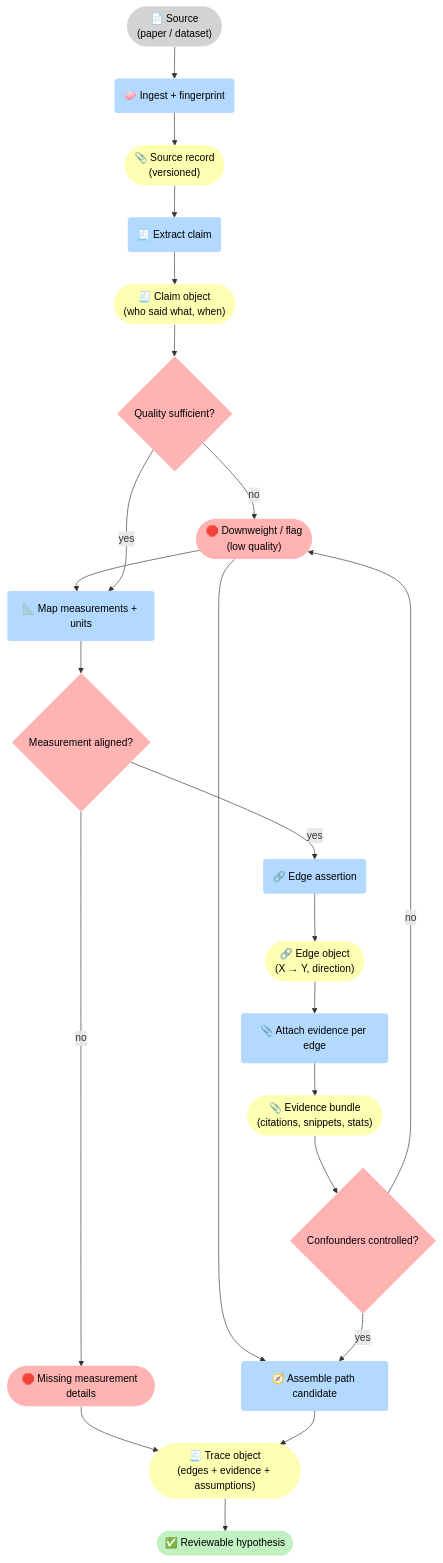
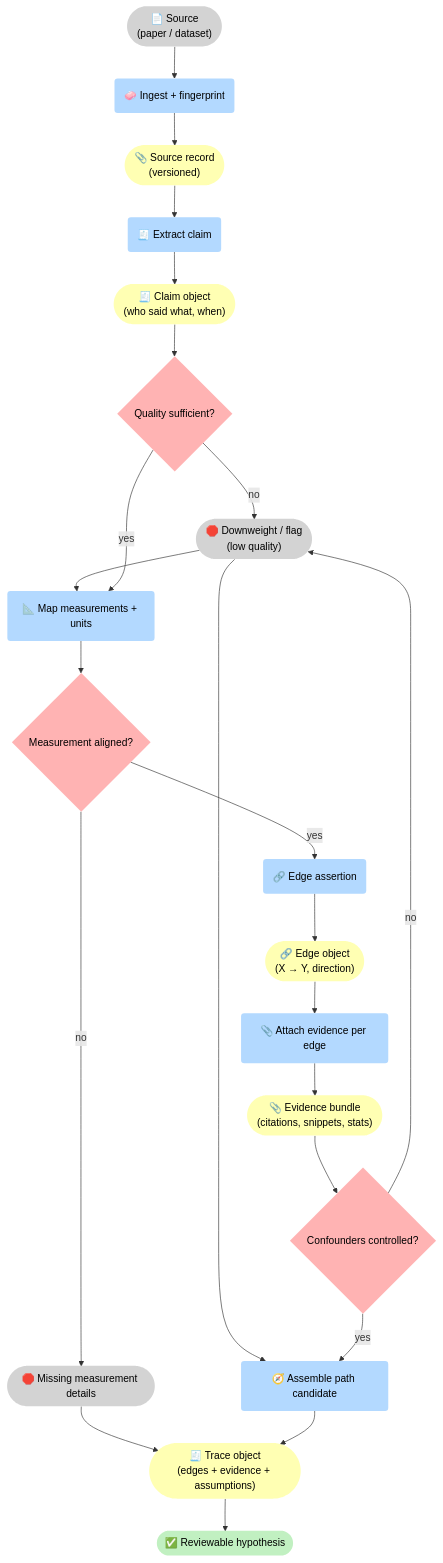
Before and after one commit to 5Reasons/5reasons.github.io: the second of 3 diagrams in docs/case-studies/biomedicine.md, drawn with Mermaid. The commit also changed other lines of this file and 14 other files, not shown here.

First line of the commit message:
Refactor diagrams and improve clarity in blog posts and case studies

````diff
--- a/docs/case-studies/biomedicine.md
+++ b/docs/case-studies/biomedicine.md
@@ -104,44 +104,44 @@
 ```mermaid
 flowchart TB
 %% Styles (brModel Standard)
 classDef i fill:#D3D3D3,stroke-width:0px,color:#000;
 classDef p fill:#B3D9FF,stroke-width:0px,color:#000;
 classDef r fill:#FFFFB3,stroke-width:0px,color:#000;
 classDef o fill:#C1F0C1,stroke-width:0px,color:#000;
 classDef s fill:#FFB3B3,stroke-width:0px,color:#000;
 
 I_S(["📄 Source<br>(paper / dataset)"]):::i
 P_Ingest("🧼 Ingest + fingerprint"):::p
 R_Src(["📎 Source record<br>(versioned)"]):::r
 
 P_Extract("🧾 Extract claim"):::p
 R_C(["🧾 Claim object<br>(who said what, when)"]):::r
 G_Q{"Quality sufficient?"}:::s
-S_Down(["🛑 Downweight / flag<br>(low quality)"]):::s
+S_Down(["🛑 Downweight / flag<br>(low quality)"]):::i
 
 P_Map("📐 Map measurements + units"):::p
 G_Meas{"Measurement aligned?"}:::s
-S_Ask(["🛑 Missing measurement details"]):::s
+S_Ask(["🛑 Missing measurement details"]):::i
 
 P_E("🔗 Edge assertion"):::p
 R_Edge(["🔗 Edge object<br>(X → Y, direction)"]):::r
 
 P_Ev("📎 Attach evidence per edge"):::p
 R_Ev(["📎 Evidence bundle<br>(citations, snippets, stats)"]):::r
 G_Conf{"Confounders controlled?"}:::s
 
 P_Path("🧭 Assemble path candidate"):::p
 R_T(["🧾 Trace object<br>(edges + evidence + assumptions)"]):::r
 O_Out(["✅ Reviewable hypothesis" ]):::o
 
 I_S --> P_Ingest --> R_Src --> P_Extract --> R_C --> G_Q
 G_Q -->|"no"| S_Down --> P_Map
 G_Q -->|"yes"| P_Map
 
 P_Map --> G_Meas
 G_Meas -->|"no"| S_Ask --> R_T
 G_Meas -->|"yes"| P_E --> R_Edge --> P_Ev --> R_Ev --> G_Conf
 
 G_Conf -->|"no"| S_Down --> P_Path
 G_Conf -->|"yes"| P_Path --> R_T --> O_Out
 ```
````
